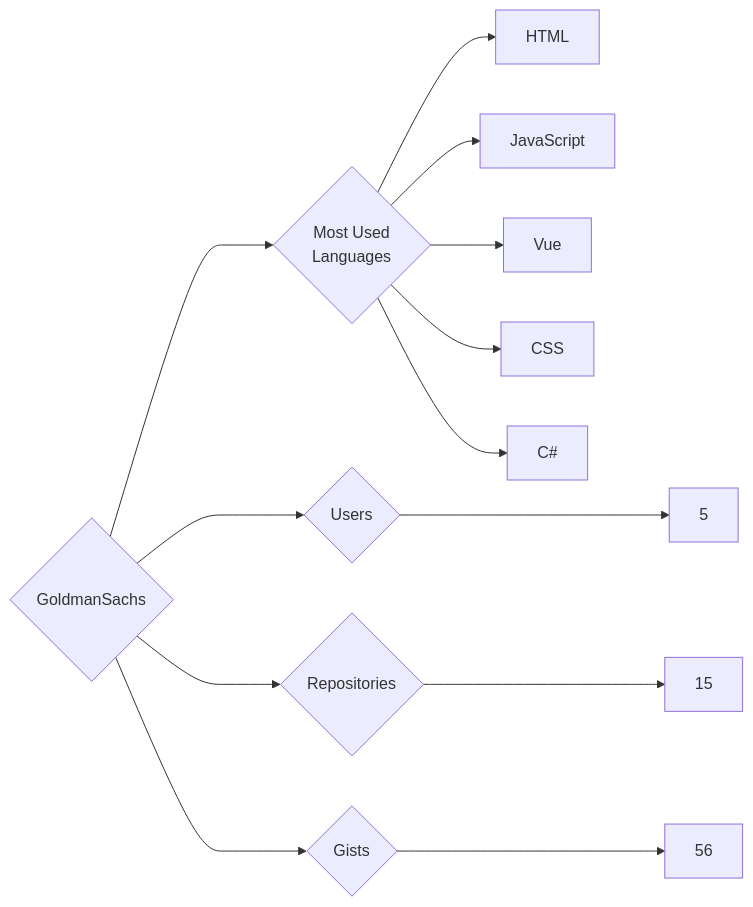
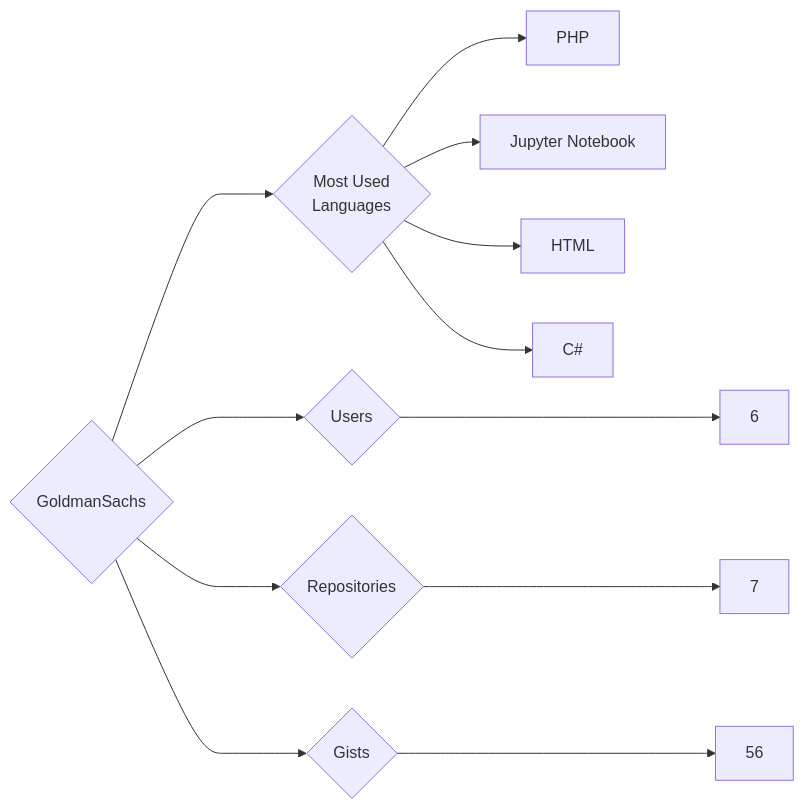
The diagram in targets/GoldmanSachs/README.md (trickest/insiders), drawn with Mermaid before and after one commit. The commit also changed 1123 other files, not shown here.

````diff
--- a/targets/GoldmanSachs/README.md
+++ b/targets/GoldmanSachs/README.md
@@ -3,13 +3,12 @@
 ```mermaid
 graph LR
 COMPANY_NAME{GoldmanSachs}
-COMPANY_NAME ---> U{Users} ---> UN[5]
-COMPANY_NAME ---> R{Repositories} ---> RN[15]
+COMPANY_NAME ---> U{Users} ---> UN[6]
+COMPANY_NAME ---> R{Repositories} ---> RN[7]
 COMPANY_NAME ---> G{Gists} ---> GN[56]
 COMPANY_NAME ---> ML{Most Used<br>Languages}
+ML --> PHP[PHP]
+ML --> Jupyter_Notebook[Jupyter Notebook]
 ML --> HTML[HTML]
-ML --> JavaScript[JavaScript]
-ML --> Vue[Vue]
-ML --> CSS[CSS]
 ML --> C#[C#]
 ```
````
